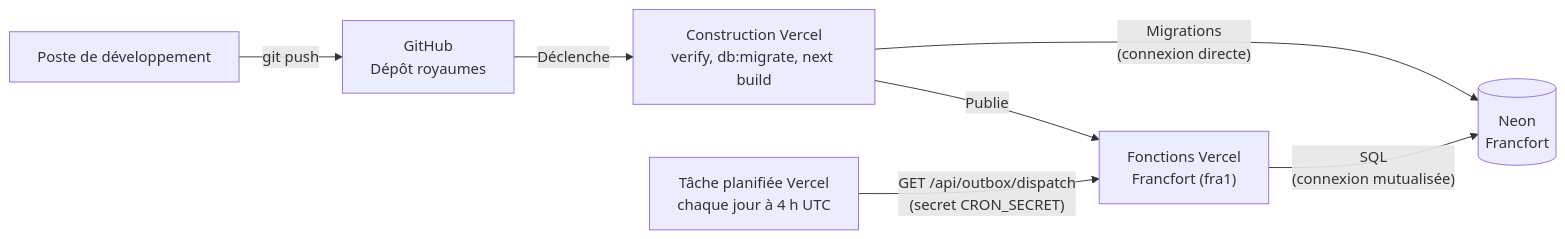
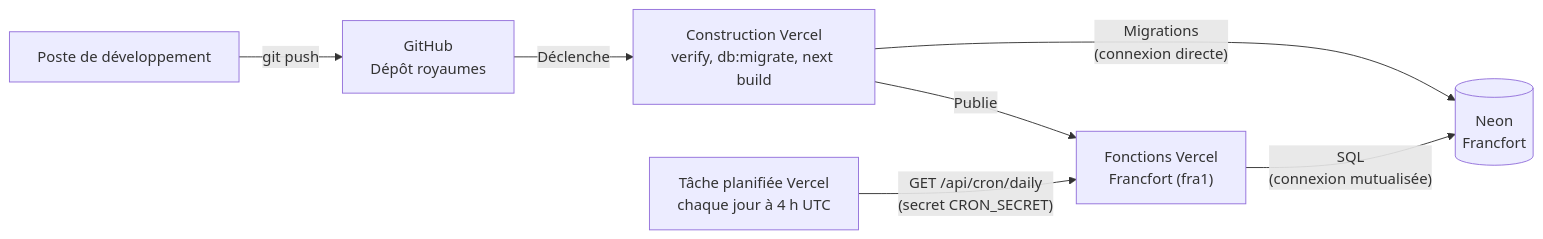
The fourth of 4 diagrams in docs/architecture.md (Swixos/royaumes), drawn with Mermaid before and after one commit. The commit also changed other lines of this file and 1 other file, not shown here.

````diff
--- a/docs/architecture.md
+++ b/docs/architecture.md
@@ -131,9 +145,9 @@
 ```mermaid
 flowchart LR
   poste["Poste de développement"] -->|"git push"| github["GitHub<br/>Dépôt royaumes"]
   github -->|"Déclenche"| build["Construction Vercel<br/>verify, db:migrate, next build"]
   build -->|"Migrations<br/>(connexion directe)"| neon[("Neon<br/>Francfort")]
   build -->|"Publie"| fonctions["Fonctions Vercel<br/>Francfort (fra1)"]
   fonctions -->|"SQL<br/>(connexion mutualisée)"| neon
-  cron["Tâche planifiée Vercel<br/>chaque jour à 4 h UTC"] -->|"GET /api/outbox/dispatch<br/>(secret CRON_SECRET)"| fonctions
+  cron["Tâche planifiée Vercel<br/>chaque jour à 4 h UTC"] -->|"GET /api/cron/daily<br/>(secret CRON_SECRET)"| fonctions
 ```
````
